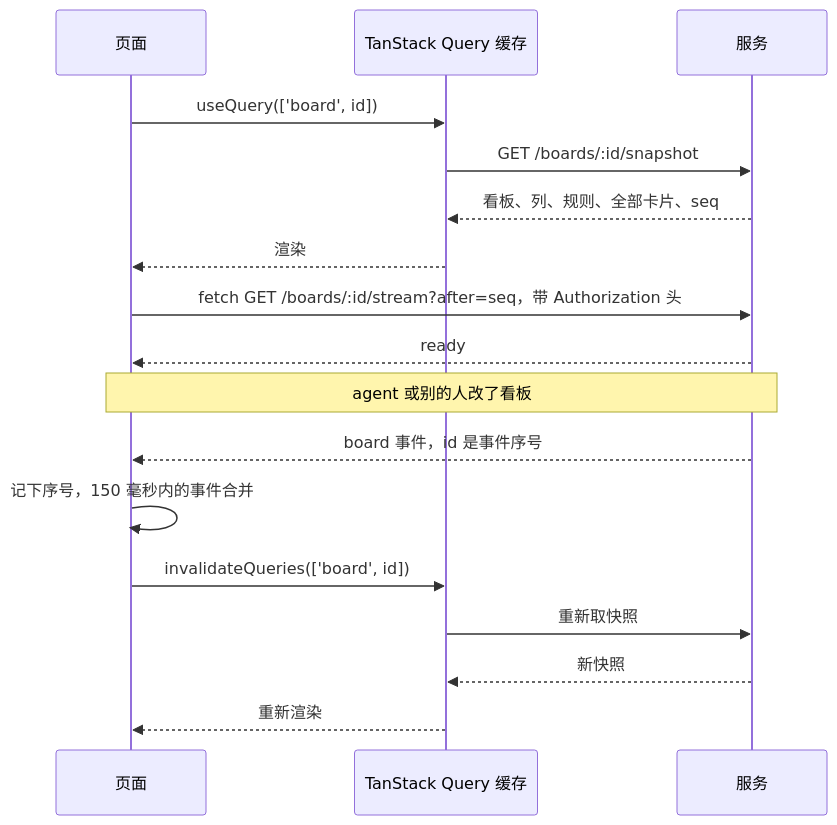
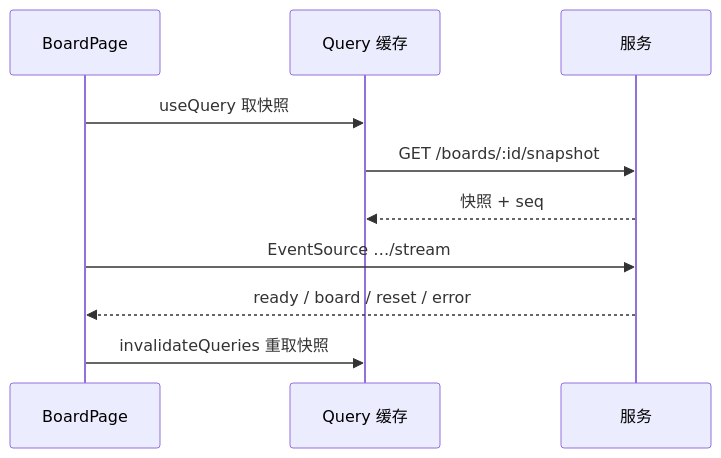
Before and after one commit to ixugo/slate-kanban: the diagram in .cursor/scopes/web.app.md, drawn with Mermaid. The commit also changed other lines of this file, not shown here.

````diff
--- a/.cursor/scopes/web.app.md
+++ b/.cursor/scopes/web.app.md
@@ -48,20 +57,13 @@
 ```mermaid
 sequenceDiagram
-    participant P as 页面
-    participant Q as TanStack Query 缓存
+    participant P as BoardPage
+    participant Q as Query 缓存
     participant S as 服务
 
-    P->>Q: useQuery(['board', id])
+    P->>Q: useQuery 取快照
     Q->>S: GET /boards/:id/snapshot
-    S-->>Q: 看板、列、规则、全部卡片、seq
-    Q-->>P: 渲染
-    P->>S: fetch GET /boards/:id/stream?after=seq，带 Authorization 头
-    S-->>P: ready
-    Note over P,S: agent 或别的人改了看板
-    S-->>P: board 事件，id 是事件序号
-    P->>P: 记下序号，150 毫秒内的事件合并
-    P->>Q: invalidateQueries(['board', id])
-    Q->>S: 重新取快照
-    S-->>Q: 新快照
-    Q-->>P: 重新渲染
+    S-->>Q: 快照 + seq
+    P->>S: EventSource …/stream
+    S-->>P: ready / board / reset / error
+    P->>Q: invalidateQueries 重取快照
 ```
````
